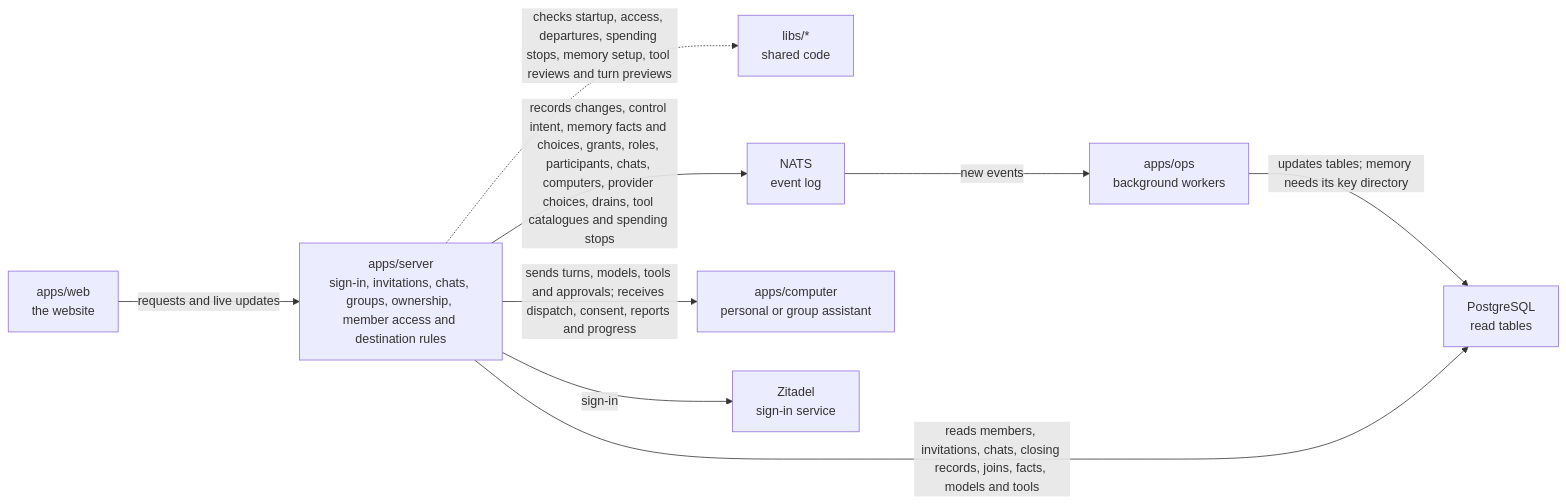
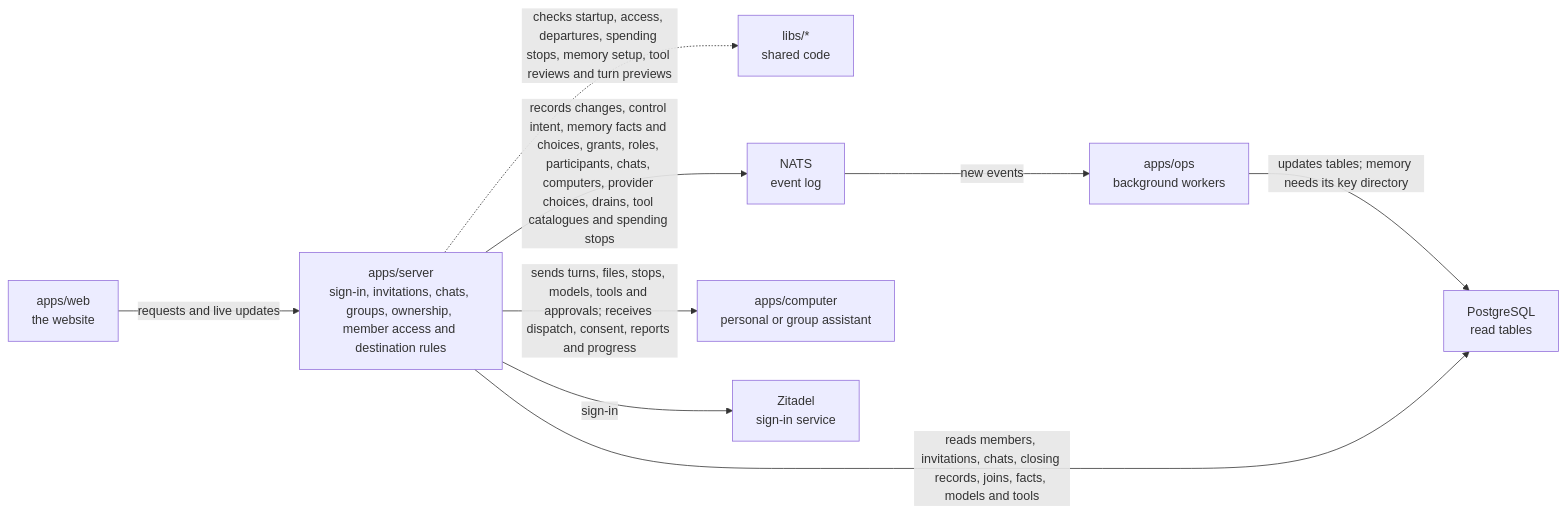
The diagram in apps/server/README.md (elewa-git/opencrane-new), drawn with Mermaid before and after one commit. The commit also changed other lines of this file and 5 other files, not shown here.

````diff
--- a/apps/server/README.md
+++ b/apps/server/README.md
@@ -11,11 +11,11 @@
 ```mermaid
 flowchart LR
   web["apps/web<br/>the website"] -->|requests and live updates| server["apps/server<br/>sign-in, invitations, chats, groups, ownership, member access and destination rules"]
   server -.->|checks startup, access, departures, spending stops, memory setup, tool reviews and turn previews| libs["libs/*<br/>shared code"]
   server -->|records changes, control intent, memory facts and choices, grants, roles, participants, chats, computers, provider choices, drains, tool catalogues and spending stops| nats["NATS<br/>event log"]
   nats -->|new events| ops["apps/ops<br/>background workers"]
   ops -->|updates tables; memory needs its key directory| postgres["PostgreSQL<br/>read tables"]
   server -->|reads members, invitations, chats, closing records, joins, facts, models and tools| postgres
-  server -->|sends turns, models, tools and approvals; receives dispatch, consent, reports and progress| computer["apps/computer<br/>personal or group assistant"]
+  server -->|sends turns, files, stops, models, tools and approvals; receives dispatch, consent, reports and progress| computer["apps/computer<br/>personal or group assistant"]
   server -->|sign-in| zitadel["Zitadel<br/>sign-in service"]
 ```
````
